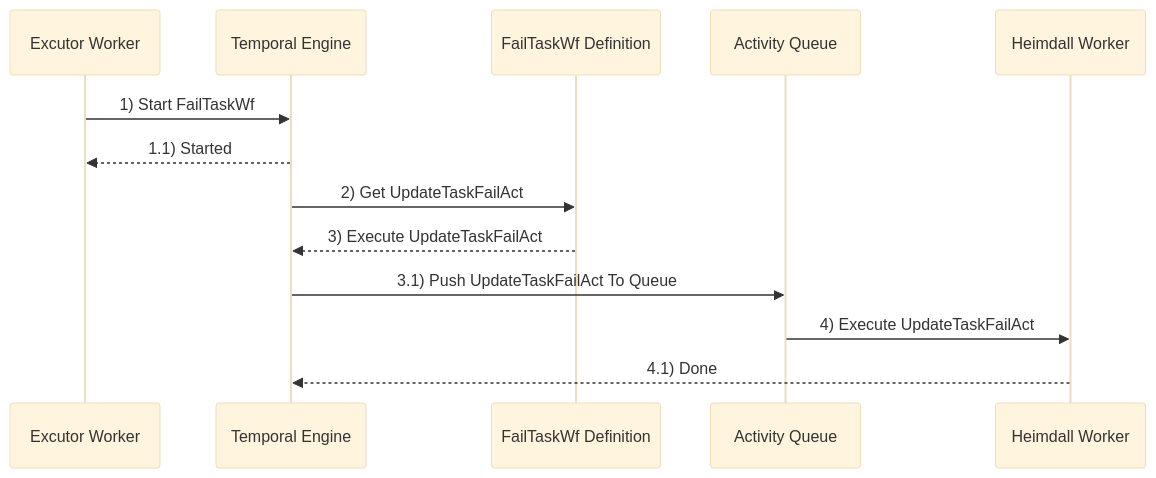
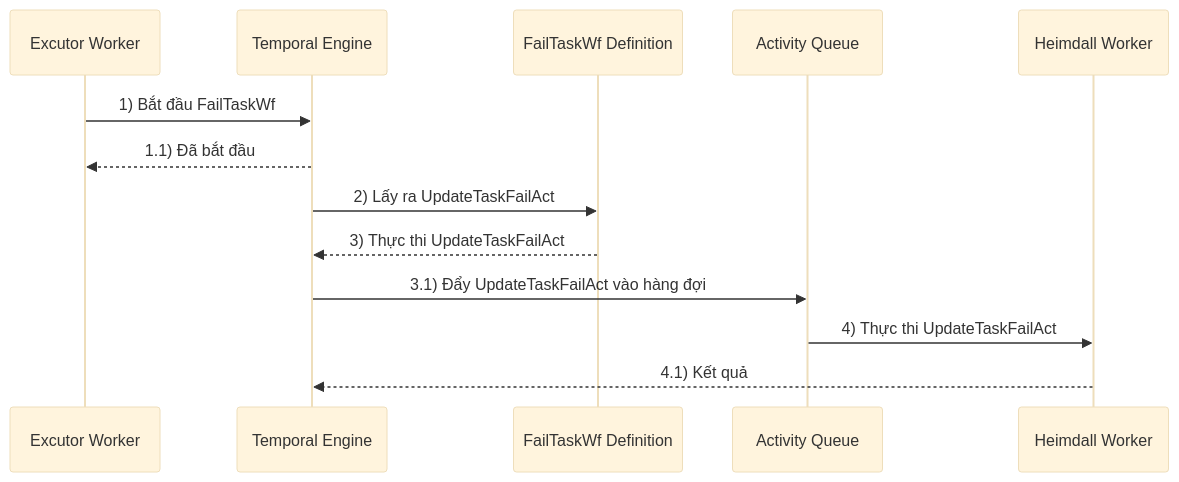
One commit to pinezapple/workflow changed the diagram in doc/fail-task-wf-sequence.md. Above: the diagram before and after it, drawn with Mermaid (base theme). The commit also changed 5 other files, not shown here.

Commit message:
translate diagram to vietnamese

````diff
--- a/doc/fail-task-wf-sequence.md
+++ b/doc/fail-task-wf-sequence.md
@@ -1,10 +1,10 @@
 ```mermaid
 sequenceDiagram
-	Excutor Worker ->> Temporal Engine: 1) Start FailTaskWf 
-    Temporal Engine -->> Excutor Worker: 1.1) Started
-    Temporal Engine ->> FailTaskWf Definition: 2) Get UpdateTaskFailAct 
-    FailTaskWf Definition -->> Temporal Engine: 3) Execute UpdateTaskFailAct 
-    Temporal Engine ->> Activity Queue: 3.1) Push UpdateTaskFailAct To Queue 
-    Activity Queue ->> Heimdall Worker: 4) Execute UpdateTaskFailAct
-    Heimdall Worker -->> Temporal Engine: 4.1) Done
+	Excutor Worker ->> Temporal Engine: 1) Bắt đầu FailTaskWf 
+    Temporal Engine -->> Excutor Worker: 1.1) Đã bắt đầu
+    Temporal Engine ->> FailTaskWf Definition: 2) Lấy ra UpdateTaskFailAct 
+    FailTaskWf Definition -->> Temporal Engine: 3) Thực thi UpdateTaskFailAct 
+    Temporal Engine ->> Activity Queue: 3.1) Đẩy UpdateTaskFailAct vào hàng đợi 
+    Activity Queue ->> Heimdall Worker: 4) Thực thi UpdateTaskFailAct
+    Heimdall Worker -->> Temporal Engine: 4.1) Kết quả
 ```
````
